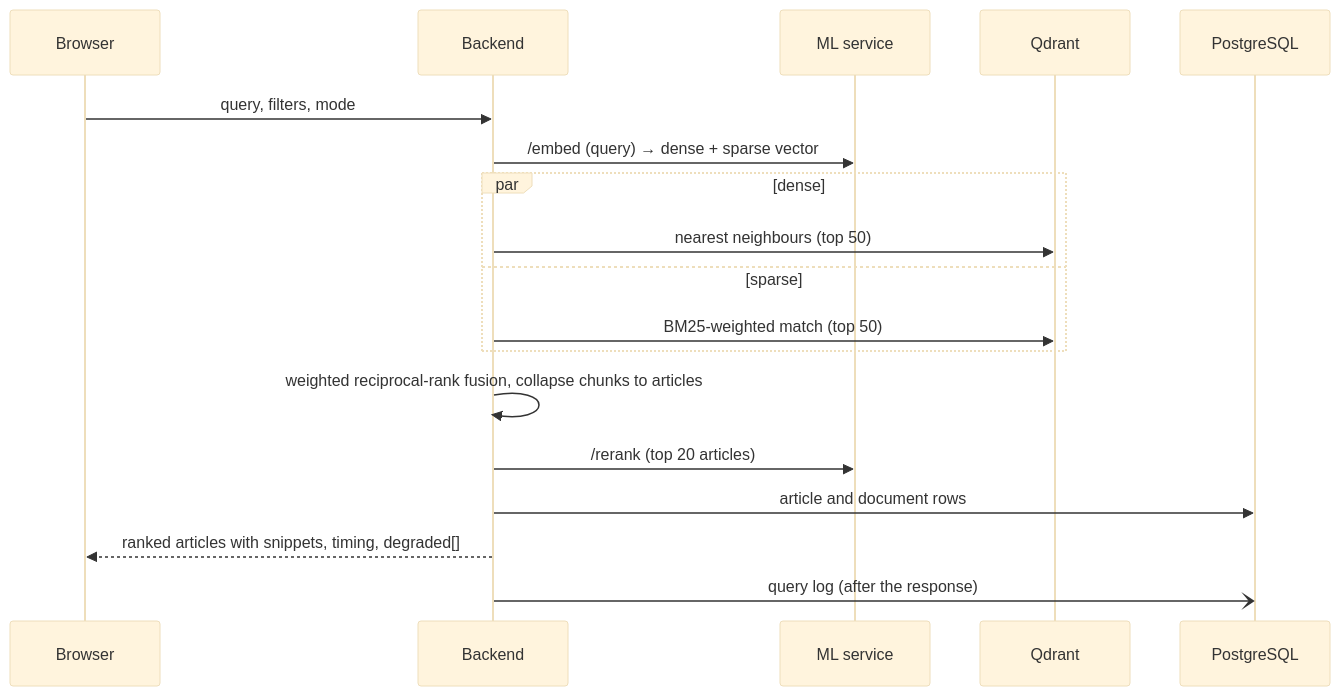
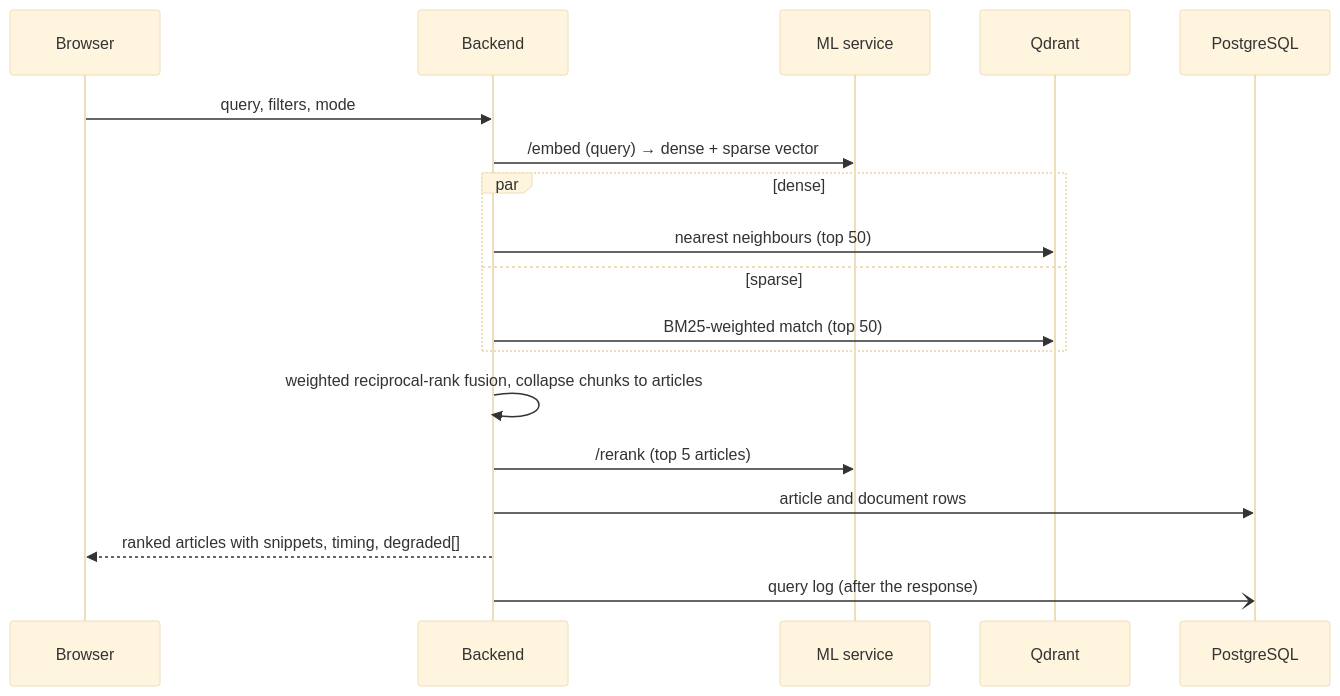
One commit to R0onen/adilet-search changed the second of 6 diagrams in docs/tech/architecture.md. Above: the diagram before and after it, drawn with Mermaid (base theme). The commit also changed other lines of this file and 7 other files, not shown here.

````diff
--- a/docs/tech/architecture.md
+++ b/docs/tech/architecture.md
@@ -35,20 +35,20 @@
 ```mermaid
 sequenceDiagram
     participant U as Browser
     participant B as Backend
     participant M as ML service
     participant Q as Qdrant
     participant P as PostgreSQL
     U->>B: query, filters, mode
     B->>M: /embed (query) → dense + sparse vector
     par dense
         B->>Q: nearest neighbours (top 50)
     and sparse
         B->>Q: BM25-weighted match (top 50)
     end
     B->>B: weighted reciprocal-rank fusion, collapse chunks to articles
-    B->>M: /rerank (top 20 articles)
+    B->>M: /rerank (top 5 articles)
     B->>P: article and document rows
     B-->>U: ranked articles with snippets, timing, degraded[]
     B-)P: query log (after the response)
 ```
````
